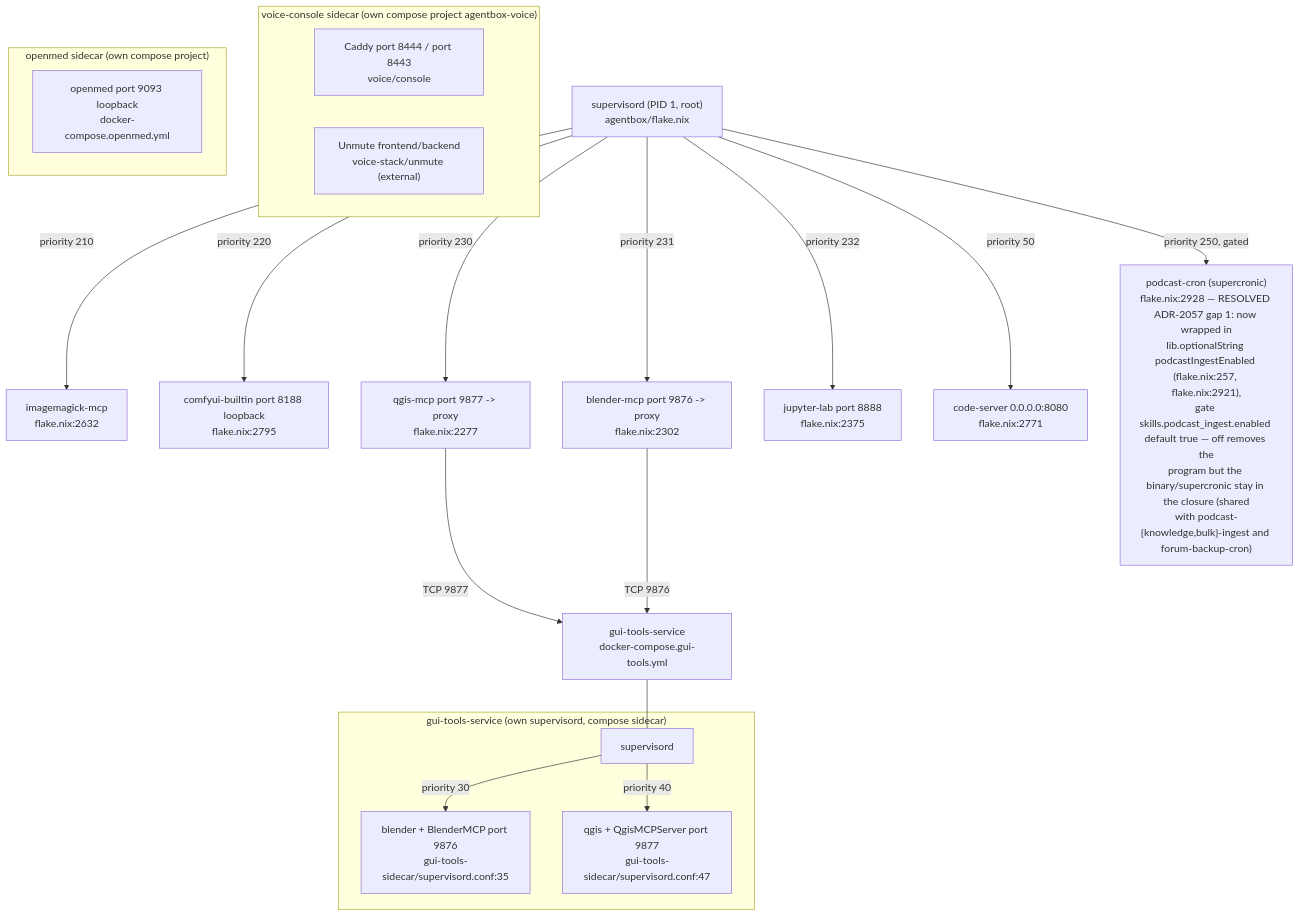
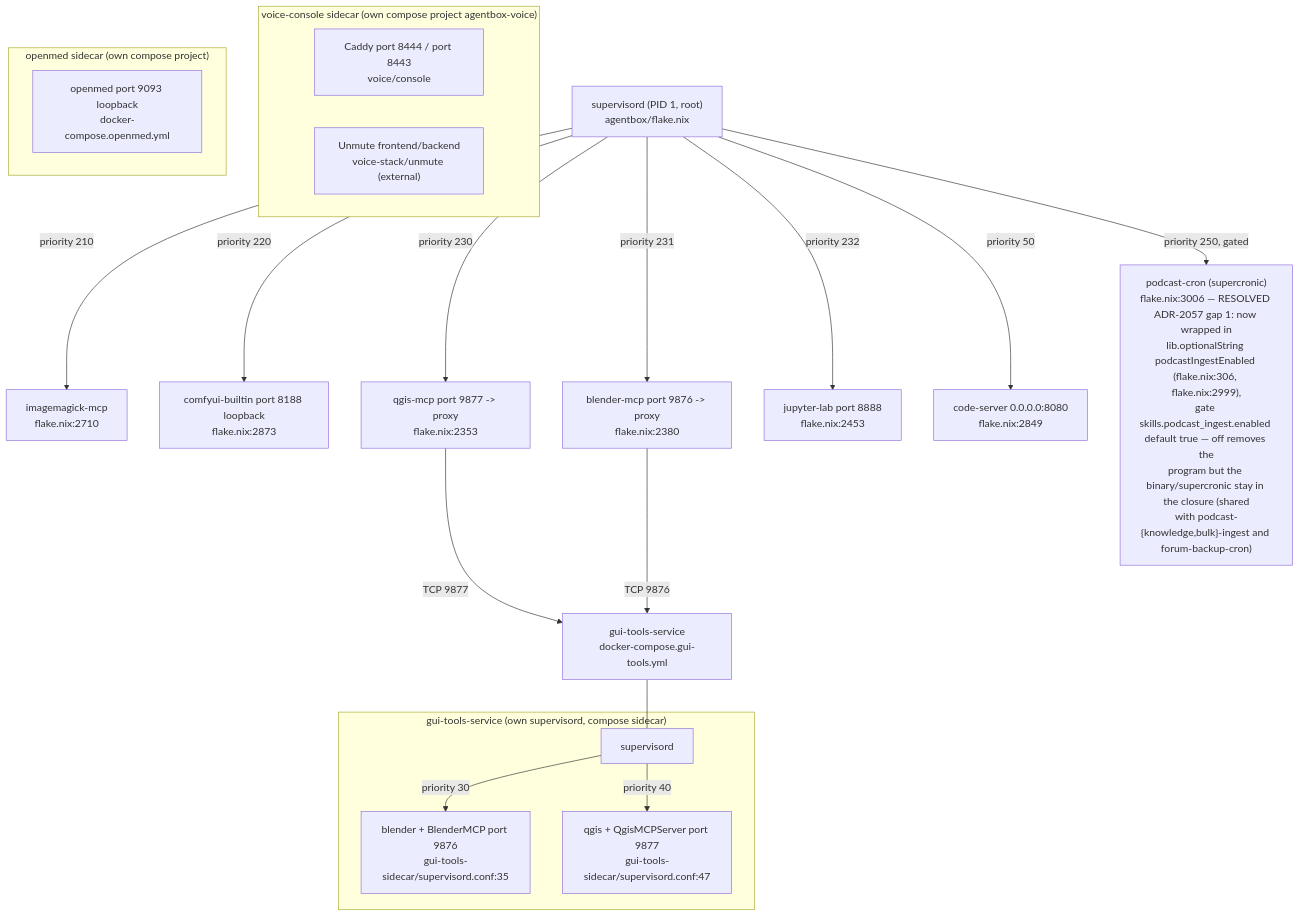
The tenth of 14 diagrams in docs/diagrams/agentbox/27-media-gpu-capability-services.md (DreamLab-AI/VisionFlow), drawn with Mermaid before and after one commit. The commit also changed other lines of this file and 160 other files, not shown here.

````diff
--- a/docs/diagrams/agentbox/27-media-gpu-capability-services.md
+++ b/docs/diagrams/agentbox/27-media-gpu-capability-services.md
@@ -317,30 +323,30 @@
 ```mermaid
 flowchart TB
     SUP["supervisord (PID 1, root)<br/>agentbox/flake.nix"]
-    SUP -->|priority 210| IM["imagemagick-mcp<br/>flake.nix:2632"]
-    SUP -->|priority 220| CB["comfyui-builtin port 8188 loopback<br/>flake.nix:2795"]
-    SUP -->|priority 230| QM["qgis-mcp port 9877 -> proxy<br/>flake.nix:2277"]
-    SUP -->|priority 231| BM["blender-mcp port 9876 -> proxy<br/>flake.nix:2302"]
-    SUP -->|priority 232| JL["jupyter-lab port 8888<br/>flake.nix:2375"]
-    SUP -->|priority 50| CS["code-server 0.0.0.0:8080<br/>flake.nix:2771"]
-    SUP -->|priority 250, gated| PC["podcast-cron (supercronic)<br/>flake.nix:2928 — RESOLVED ADR-2057 gap 1: now wrapped in<br/>lib.optionalString podcastIngestEnabled (flake.nix:257, flake.nix:2921),<br/>gate skills.podcast_ingest.enabled default true — off removes the<br/>program but the binary/supercronic stay in the closure (shared<br/>with podcast-{knowledge,bulk}-ingest and forum-backup-cron)"]
+    SUP -->|priority 210| IM["imagemagick-mcp<br/>flake.nix:2710"]
+    SUP -->|priority 220| CB["comfyui-builtin port 8188 loopback<br/>flake.nix:2873"]
+    SUP -->|priority 230| QM["qgis-mcp port 9877 -> proxy<br/>flake.nix:2353"]
+    SUP -->|priority 231| BM["blender-mcp port 9876 -> proxy<br/>flake.nix:2380"]
+    SUP -->|priority 232| JL["jupyter-lab port 8888<br/>flake.nix:2453"]
+    SUP -->|priority 50| CS["code-server 0.0.0.0:8080<br/>flake.nix:2849"]
+    SUP -->|priority 250, gated| PC["podcast-cron (supercronic)<br/>flake.nix:3006 — RESOLVED ADR-2057 gap 1: now wrapped in<br/>lib.optionalString podcastIngestEnabled (flake.nix:306, flake.nix:2999),<br/>gate skills.podcast_ingest.enabled default true — off removes the<br/>program but the binary/supercronic stay in the closure (shared<br/>with podcast-{knowledge,bulk}-ingest and forum-backup-cron)"]
 
     QM -->|TCP 9877| GTS["gui-tools-service<br/>docker-compose.gui-tools.yml"]
     BM -->|TCP 9876| GTS
 
     subgraph sidecar["gui-tools-service (own supervisord, compose sidecar)"]
         GSUP["supervisord"]
         GSUP -->|priority 30| GB["blender + BlenderMCP port 9876<br/>gui-tools-sidecar/supervisord.conf:35"]
         GSUP -->|priority 40| GQ["qgis + QgisMCPServer port 9877<br/>gui-tools-sidecar/supervisord.conf:47"]
     end
     GTS --- GSUP
 
     subgraph voicesc["voice-console sidecar (own compose project agentbox-voice)"]
         CADDY["Caddy port 8444 / port 8443<br/>voice/console"]
         UNMUTE["Unmute frontend/backend<br/>voice-stack/unmute (external)"]
     end
 
     subgraph openmedsc["openmed sidecar (own compose project)"]
         OM["openmed port 9093 loopback<br/>docker-compose.openmed.yml"]
     end
 ```
````
